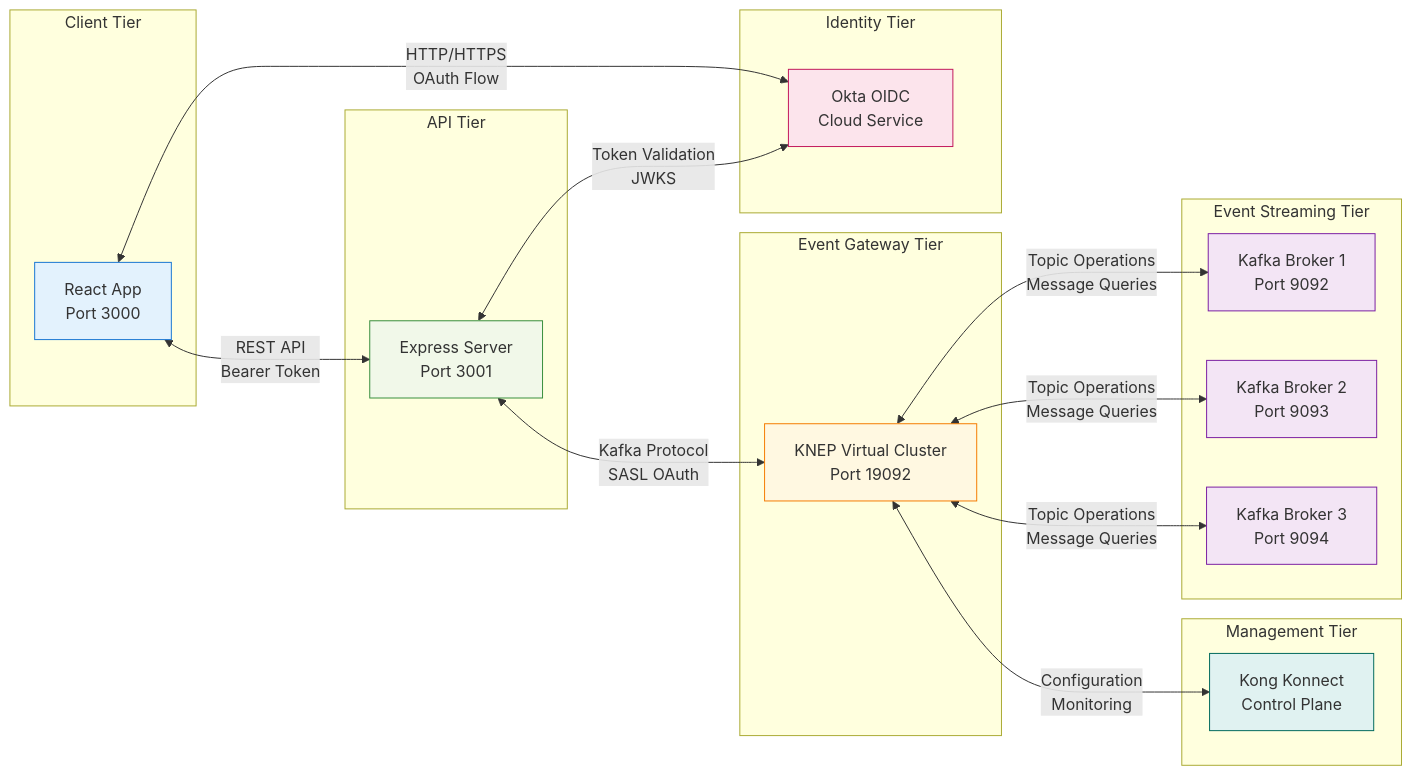
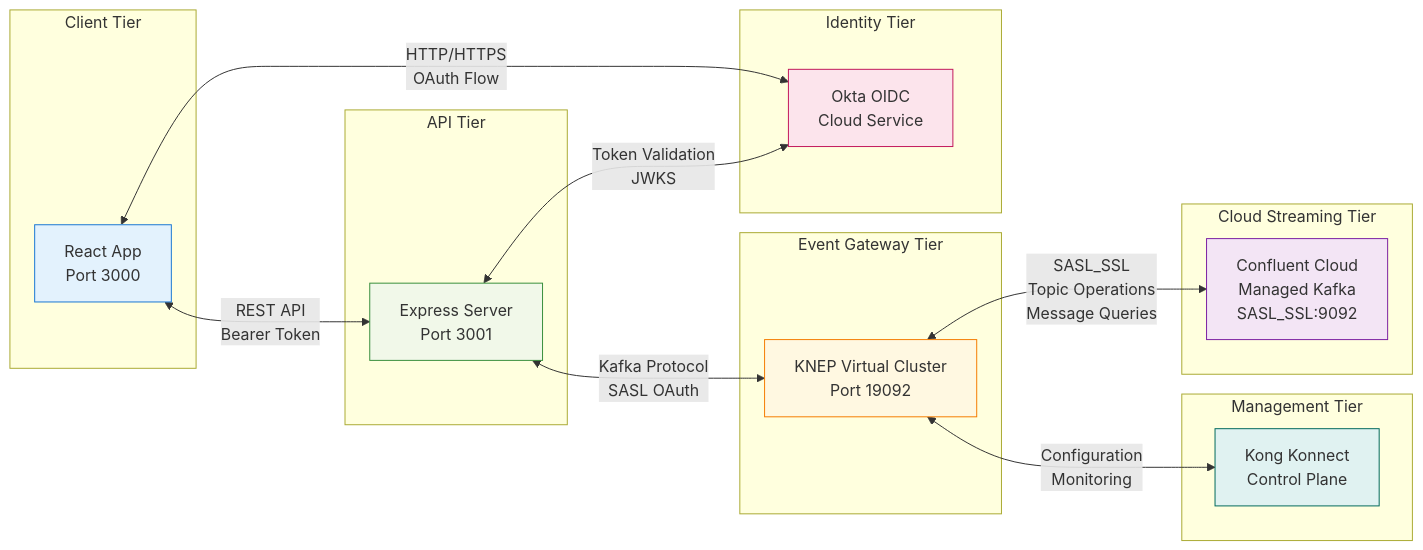
One commit to hguerrero/kong-event-gw-okta-demo changed the third of 5 diagrams in README.md. Above: the diagram before and after it, drawn with Mermaid. The commit also changed other lines of this file and 1 other file, not shown here.

Commit message:
update to reflect confluent cloud

````diff
--- a/README.md
+++ b/README.md
@@ -106,51 +104,47 @@
 ```mermaid
 flowchart LR
     subgraph "Client Tier"
         A[React App<br/>Port 3000]
     end
 
     subgraph "API Tier"
         B[Express Server<br/>Port 3001]
     end
 
     subgraph "Identity Tier"
         C[Okta OIDC<br/>Cloud Service]
     end
 
     subgraph "Event Gateway Tier"
         D[KNEP Virtual Cluster<br/>Port 19092]
     end
 
-    subgraph "Event Streaming Tier"
-        E1[Kafka Broker 1<br/>Port 9092]
-        E2[Kafka Broker 2<br/>Port 9093]
-        E3[Kafka Broker 3<br/>Port 9094]
+    subgraph "Cloud Streaming Tier"
+        E[Confluent Cloud<br/>Managed Kafka<br/>SASL_SSL:9092]
     end
 
     subgraph "Management Tier"
         F[Kong Konnect<br/>Control Plane]
     end
 
     A <-->|HTTP/HTTPS<br/>OAuth Flow| C
     A <-->|REST API<br/>Bearer Token| B
     B <-->|Token Validation<br/>JWKS| C
     B <-->|Kafka Protocol<br/>SASL OAuth| D
-    D <-->|Topic Operations<br/>Message Queries| E1
-    D <-->|Topic Operations<br/>Message Queries| E2
-    D <-->|Topic Operations<br/>Message Queries| E3
+    D <-->|SASL_SSL<br/>Topic Operations<br/>Message Queries| E
     D <-->|Configuration<br/>Monitoring| F
 
     classDef client fill:#e3f2fd,stroke:#1976d2
     classDef api fill:#f1f8e9,stroke:#388e3c
     classDef auth fill:#fce4ec,stroke:#c2185b
     classDef gateway fill:#fff8e1,stroke:#f57c00
-    classDef kafka fill:#f3e5f5,stroke:#7b1fa2
+    classDef cloud fill:#f3e5f5,stroke:#7b1fa2
     classDef mgmt fill:#e0f2f1,stroke:#00695c
 
     class A client
     class B api
     class C auth
     class D gateway
-    class E1,E2,E3,Z kafka
+    class E cloud
     class F mgmt
 ```
````
